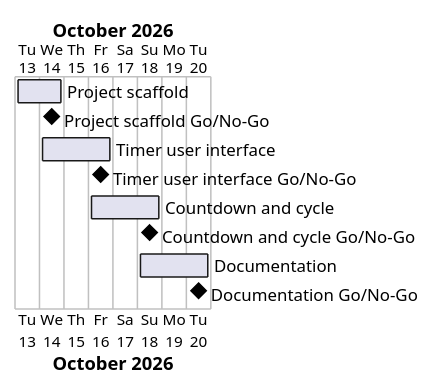
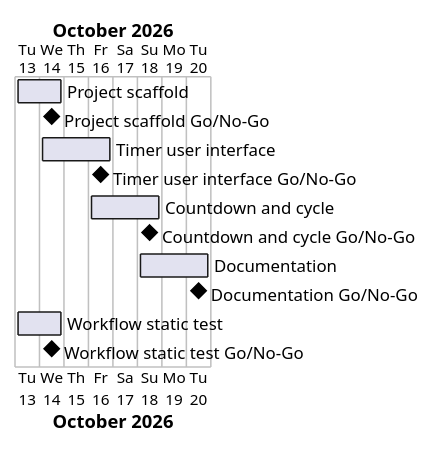
The diagram in docs/project-plan.md (Tirsvad-Udemy-100-days-of-code/028-pomodoro), drawn with PlantUML before and after one commit. The commit also changed other lines of this file and 4 other files, not shown here.

First line of the commit message:
Plan MIL-005 workflow static test: milestone, plan gateway and review (RC-017)

````diff
--- a/docs/project-plan.md
+++ b/docs/project-plan.md
@@ -39,13 +41,15 @@
 ```plantuml
 @startgantt
 Project starts 2026-10-13
 [Project scaffold] starts 2026-10-13 and ends 2026-10-14
 [Project scaffold Go/No-Go] happens 2026-10-14
 [Timer user interface] starts 2026-10-14 and ends 2026-10-16
 [Timer user interface Go/No-Go] happens 2026-10-16
 [Countdown and cycle] starts 2026-10-16 and ends 2026-10-18
 [Countdown and cycle Go/No-Go] happens 2026-10-18
 [Documentation] starts 2026-10-18 and ends 2026-10-20
 [Documentation Go/No-Go] happens 2026-10-20
+[Workflow static test] starts 2026-10-13 and ends 2026-10-14
+[Workflow static test Go/No-Go] happens 2026-10-14
 @endgantt
 ```
````
